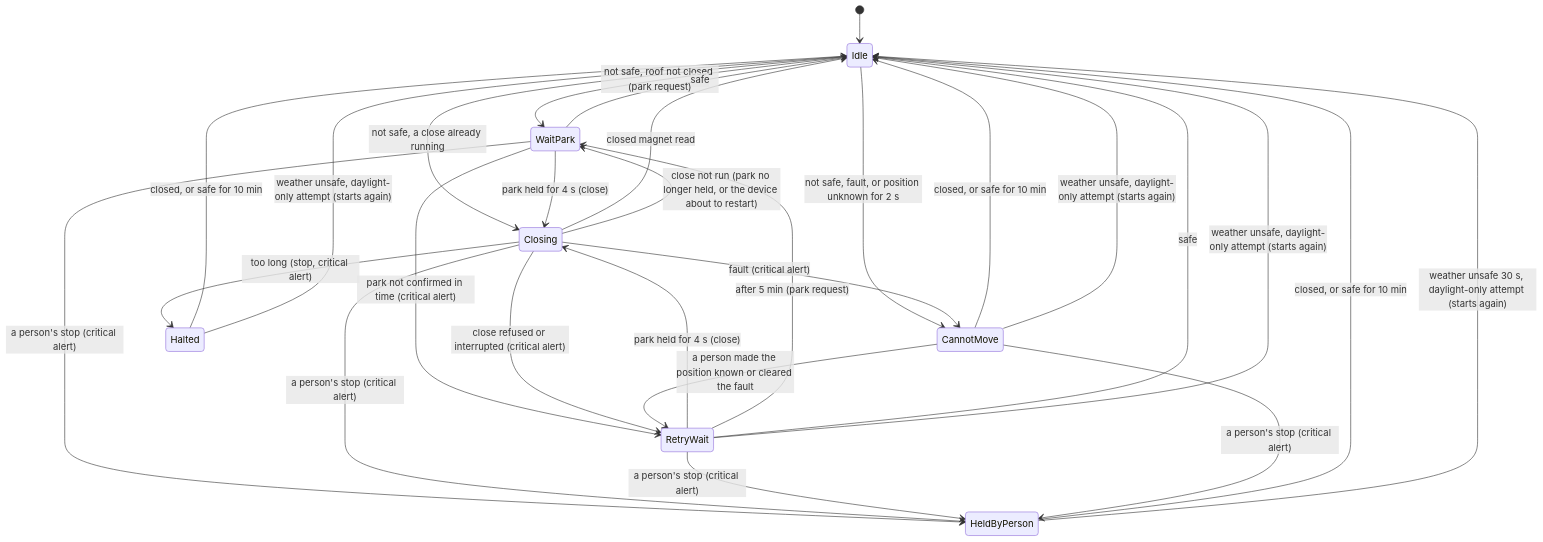
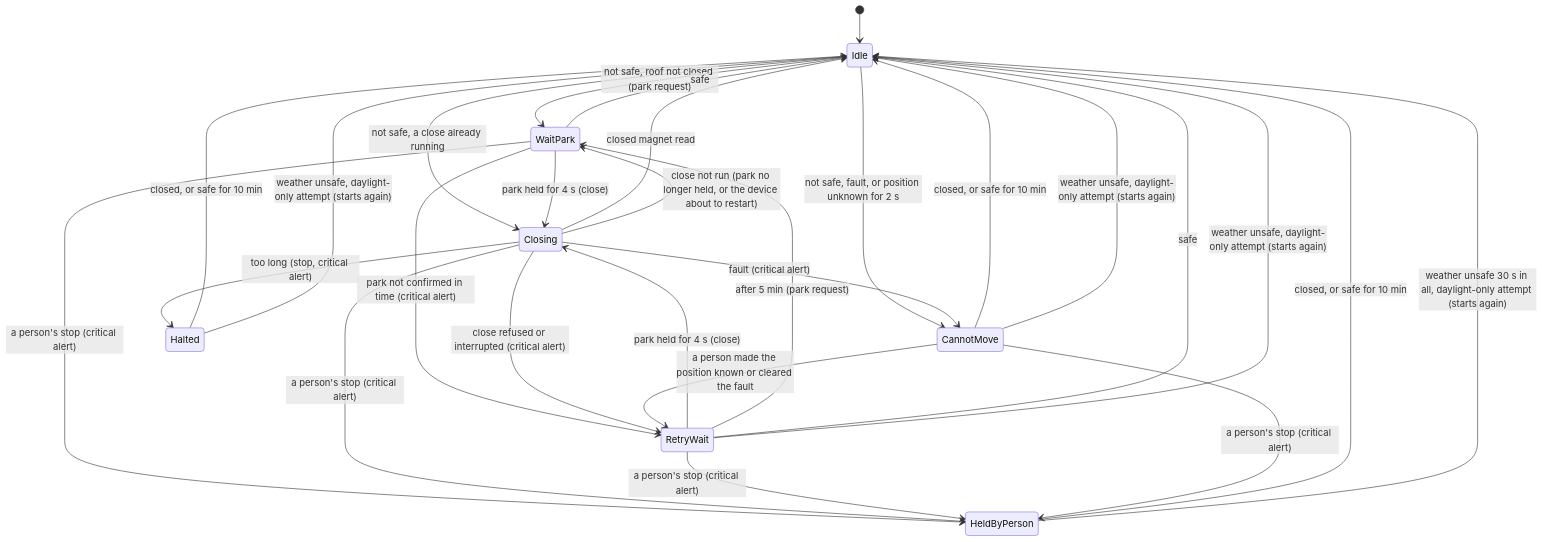
One commit to DeanJ87/RoofRoof changed the diagram in docs/user-guide/close-on-unsafe.md. Above: the diagram before and after it, drawn with Mermaid. The commit also changed other lines of this file and 12 other files, not shown here.

````diff
--- a/docs/user-guide/close-on-unsafe.md
+++ b/docs/user-guide/close-on-unsafe.md
@@ -33,32 +33,32 @@
 ```mermaid
 stateDiagram-v2
     accTitle: The close on unsafe weather
-    accDescr: From idle, an unsafe verdict with the roof not closed starts an attempt that asks N.I.N.A. to park; a roof already closing is only watched. When the park has held for 4 s the roof is closed. Reaching the closed magnet ends the sequence. A park not confirmed in time, a refused, interrupted or too-long close leads to a five-minute wait, during which a confirmed park still closes the roof, then a new attempt. A fault, or a position unknown for 2 s, stands the sequence down until a person acts. A close that outlasts its guard is stopped and the sequence halts. A person's stop (also while it can't move) stands it down; halted and stood-down sequences end when the roof is closed or it has been safe for 10 minutes. A safe verdict before the close ends the sequence; a close already commanded runs to the end. With the daylight close on, "not safe" also means the sun is up and "safe" means neither; when the weather turns unsafe after a daylight-only attempt, a halted, waiting or can't-move sequence starts again at once, a sequence a person stood down after 30 s of unsafe weather.
+    accDescr: From idle, an unsafe verdict with the roof not closed starts an attempt that asks N.I.N.A. to park; a roof already closing is only watched. When the park has held for 4 s the roof is closed. Reaching the closed magnet ends the sequence. A park not confirmed in time, a refused, interrupted or too-long close leads to a five-minute wait, during which a confirmed park still closes the roof, then a new attempt. A fault, or a position unknown for 2 s, stands the sequence down until a person acts. A close that outlasts its guard is stopped and the sequence halts. A person's stop (also while it can't move) stands it down; halted and stood-down sequences end when the roof is closed or it has been safe for 10 minutes. A safe verdict before the close ends the sequence; a close already commanded runs to the end. With the daylight close on, "not safe" also means the sun is up and "safe" means neither; when the weather turns unsafe after a daylight-only attempt, a halted, waiting or can't-move sequence starts again at once, a sequence a person stood down after 30 s of unsafe weather in all.
     [*] --> Idle
     Idle --> WaitPark: not safe, roof not closed (park request)
     Idle --> Closing: not safe, a close already running
     Idle --> CannotMove: not safe, fault, or position unknown for 2 s
     WaitPark --> Closing: park held for 4 s (close)
     WaitPark --> RetryWait: park not confirmed in time (critical alert)
     WaitPark --> Idle: safe
     RetryWait --> Closing: park held for 4 s (close)
     RetryWait --> WaitPark: after 5 min (park request)
     RetryWait --> Idle: safe
     Closing --> Idle: closed magnet read
     Closing --> RetryWait: close refused or interrupted (critical alert)
     Closing --> WaitPark: close not run (park no longer held, or the device about to restart)
     Closing --> Halted: too long (stop, critical alert)
     Closing --> CannotMove: fault (critical alert)
     WaitPark --> HeldByPerson: a person's stop (critical alert)
     Closing --> HeldByPerson: a person's stop (critical alert)
     RetryWait --> HeldByPerson: a person's stop (critical alert)
     CannotMove --> RetryWait: a person made the position known or cleared the fault
     CannotMove --> HeldByPerson: a person's stop (critical alert)
     CannotMove --> Idle: closed, or safe for 10 min
     HeldByPerson --> Idle: closed, or safe for 10 min
     Halted --> Idle: closed, or safe for 10 min
-    HeldByPerson --> Idle: weather unsafe 30 s, daylight-only attempt (starts again)
+    HeldByPerson --> Idle: weather unsafe 30 s in all, daylight-only attempt (starts again)
     Halted --> Idle: weather unsafe, daylight-only attempt (starts again)
     RetryWait --> Idle: weather unsafe, daylight-only attempt (starts again)
     CannotMove --> Idle: weather unsafe, daylight-only attempt (starts again)
 ```
````
